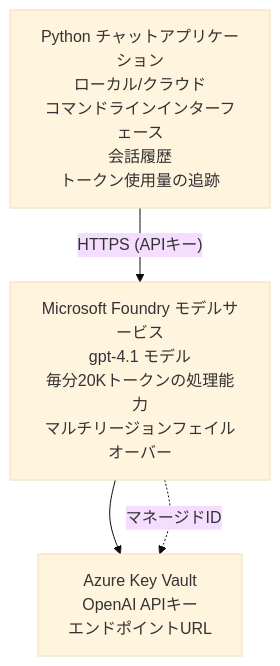
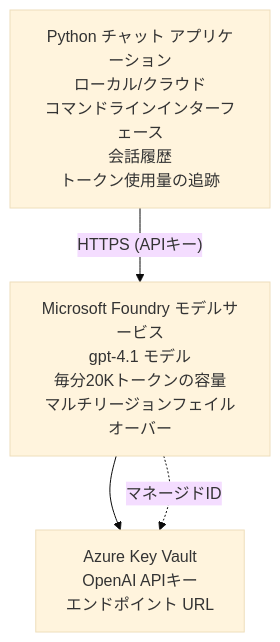
The diagram in translations/ja/examples/azure-openai-chat/README.md (microsoft/AZD-for-beginners), drawn with Mermaid (base theme) before and after one commit. The commit also changed other lines of this file and 104 other files, not shown here.

````diff
--- a/translations/ja/examples/azure-openai-chat/README.md
+++ b/translations/ja/examples/azure-openai-chat/README.md
@@ -26,6 +26,6 @@
 ```mermaid
 graph TD
-    App[Python チャットアプリケーション<br/>ローカル/クラウド<br/>コマンドラインインターフェース<br/>会話履歴<br/>トークン使用量の追跡] -- "HTTPS (APIキー)" --> Foundry[Microsoft Foundry モデルサービス<br/>gpt-4.1 モデル<br/>毎分20Kトークンの処理能力<br/>マルチリージョンフェイルオーバー]
-    Foundry --> KV[Azure Key Vault<br/>OpenAI APIキー<br/>エンドポイントURL]
+    App[Python チャット アプリケーション<br/>ローカル/クラウド<br/>コマンドラインインターフェース<br/>会話履歴<br/>トークン使用量の追跡] -- "HTTPS (APIキー)" --> Foundry[Microsoft Foundry モデルサービス<br/>gpt-4.1 モデル<br/>毎分20Kトークンの容量<br/>マルチリージョンフェイルオーバー]
+    Foundry --> KV[Azure Key Vault<br/>OpenAI APIキー<br/>エンドポイント URL]
     Foundry -. マネージドID .-> KV
 ```
````
